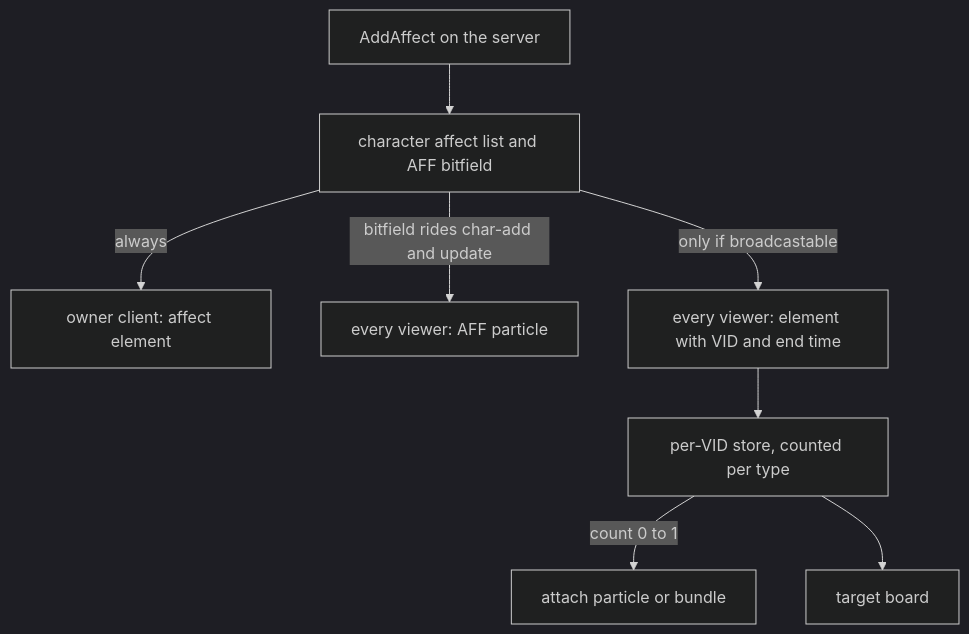
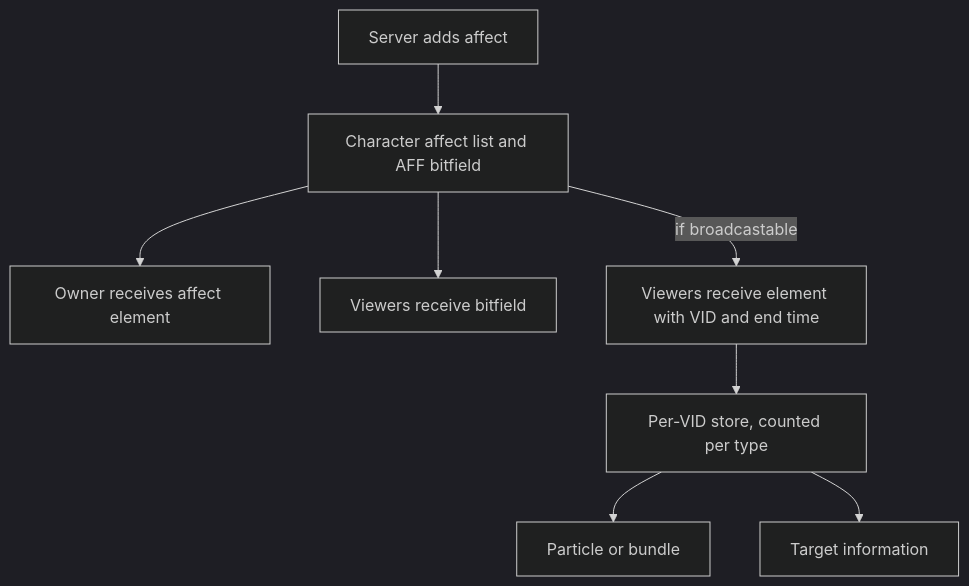
One commit to universal-core/website changed the diagram in foundations/affects/index.md. Above: the diagram before and after it, drawn with Mermaid (dark theme). The commit also changed other lines of this file and 163 other files, not shown here.

````diff
--- a/foundations/affects/index.md
+++ b/foundations/affects/index.md
@@ -97,10 +38,10 @@
 ```mermaid
 flowchart TD
-    A["AddAffect on the server"] --> B["character affect list and AFF bitfield"]
-    B -->|"always"| C["owner client: affect element"]
-    B -->|"bitfield rides char-add and update"| D["every viewer: AFF particle"]
-    B -->|"only if broadcastable"| E["every viewer: element with VID and end time"]
-    E --> F["per-VID store, counted per type"]
-    F -->|"count 0 to 1"| G["attach particle or bundle"]
-    F --> H["target board"]
+    A["Server adds affect"] --> B["Character affect list and AFF bitfield"]
+    B --> C["Owner receives affect element"]
+    B --> D["Viewers receive bitfield"]
+    B -->|"if broadcastable"| E["Viewers receive element with VID and end time"]
+    E --> F["Per-VID store, counted per type"]
+    F --> G["Particle or bundle"]
+    F --> H["Target information"]
 ```
````
